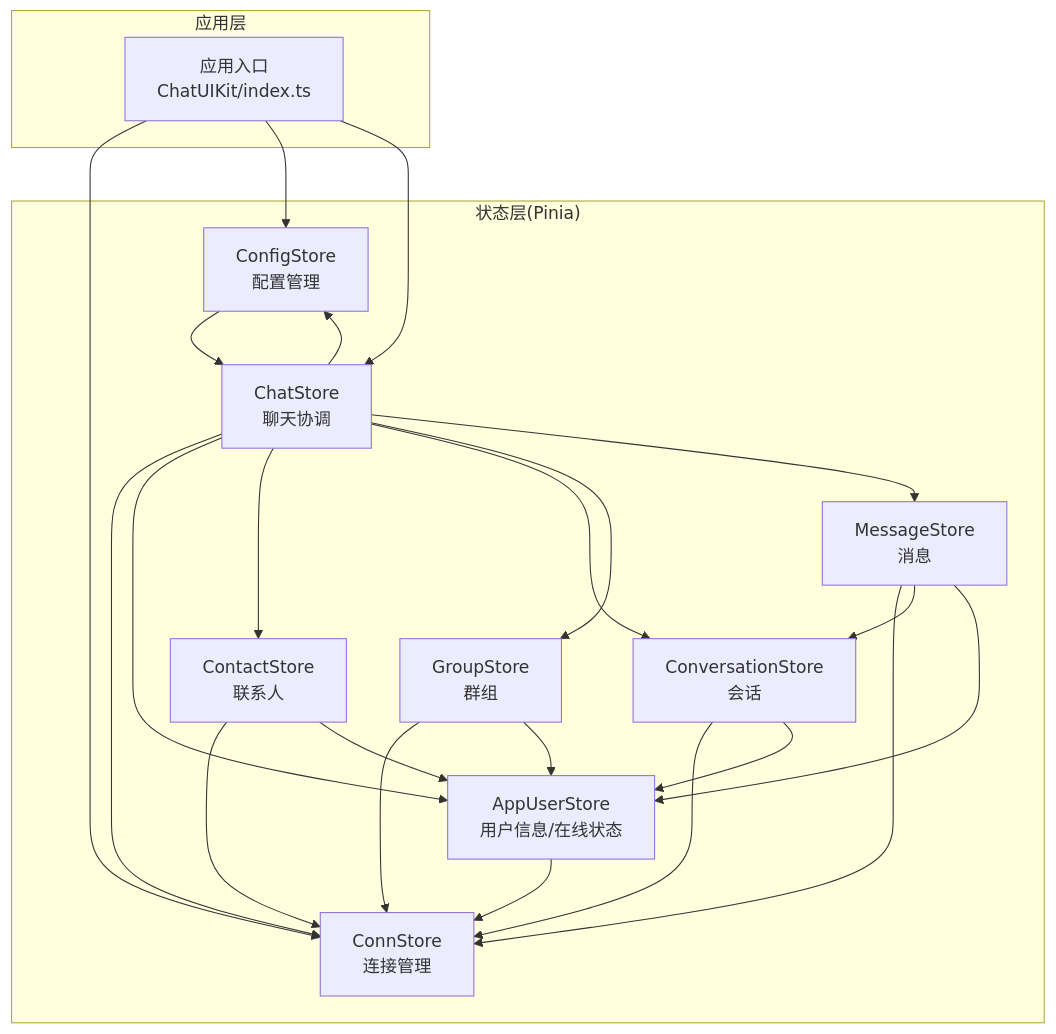
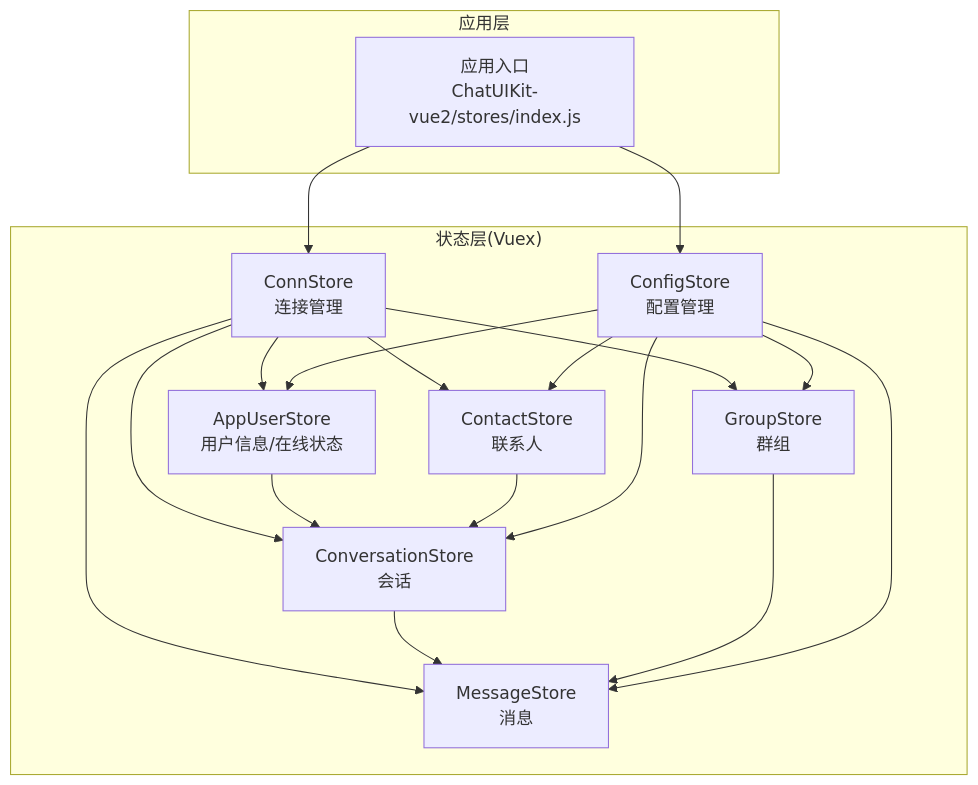
One commit to Easemob-Community/easemob-uikit-uniapp-community changed the first of 3 diagrams in .qoder/repowiki/zh/content/核心架构/Store状态管理系统架构/Store状态管理系统架构.md. Above: the diagram before and after it, drawn with Mermaid. The commit also changed other lines of this file and 14 other files, not shown here.

First line of the commit message:
docs(vue2): 添加平台兼容性说明，强调仅支持 H5/App/微信小程序

````diff
--- a/.qoder/repowiki/zh/content/核心架构/Store状态管理系统架构/Store状态管理系统架构.md
+++ b/.qoder/repowiki/zh/content/核心架构/Store状态管理系统架构/Store状态管理系统架构.md
@@ -55,37 +45,31 @@
 ```mermaid
 graph TB
 subgraph "应用层"
-App["应用入口<br/>ChatUIKit/index.ts"]
+App["应用入口<br/>ChatUIKit-vue2/stores/index.js"]
 end
-subgraph "状态层(Pinia)"
+subgraph "状态层(Vuex)"
 Conn["ConnStore<br/>连接管理"]
 Config["ConfigStore<br/>配置管理"]
 AppUser["AppUserStore<br/>用户信息/在线状态"]
 Contact["ContactStore<br/>联系人"]
 Conv["ConversationStore<br/>会话"]
 Group["GroupStore<br/>群组"]
 Msg["MessageStore<br/>消息"]
-Chat["ChatStore<br/>聊天协调"]
 end
 App --> Conn
 App --> Config
-App --> Chat
-Chat --> Conn
-Chat --> Config
-Chat --> AppUser
-Chat --> Contact
-Chat --> Conv
-Chat --> Group
-Chat --> Msg
-Msg --> Conn
-Msg --> Conv
-Msg --> AppUser
-Conv --> Conn
-Conv --> AppUser
-Contact --> Conn
-Contact --> AppUser
-Group --> Conn
-Group --> AppUser
-AppUser --> Conn
-Config --> Chat
+Conn --> AppUser
+Conn --> Contact
+Conn --> Conv
+Conn --> Group
+Conn --> Msg
+AppUser --> Conv
+Contact --> Conv
+Conv --> Msg
+Group --> Msg
+Config --> AppUser
+Config --> Contact
+Config --> Conv
+Config --> Group
+Config --> Msg
 ```
````
